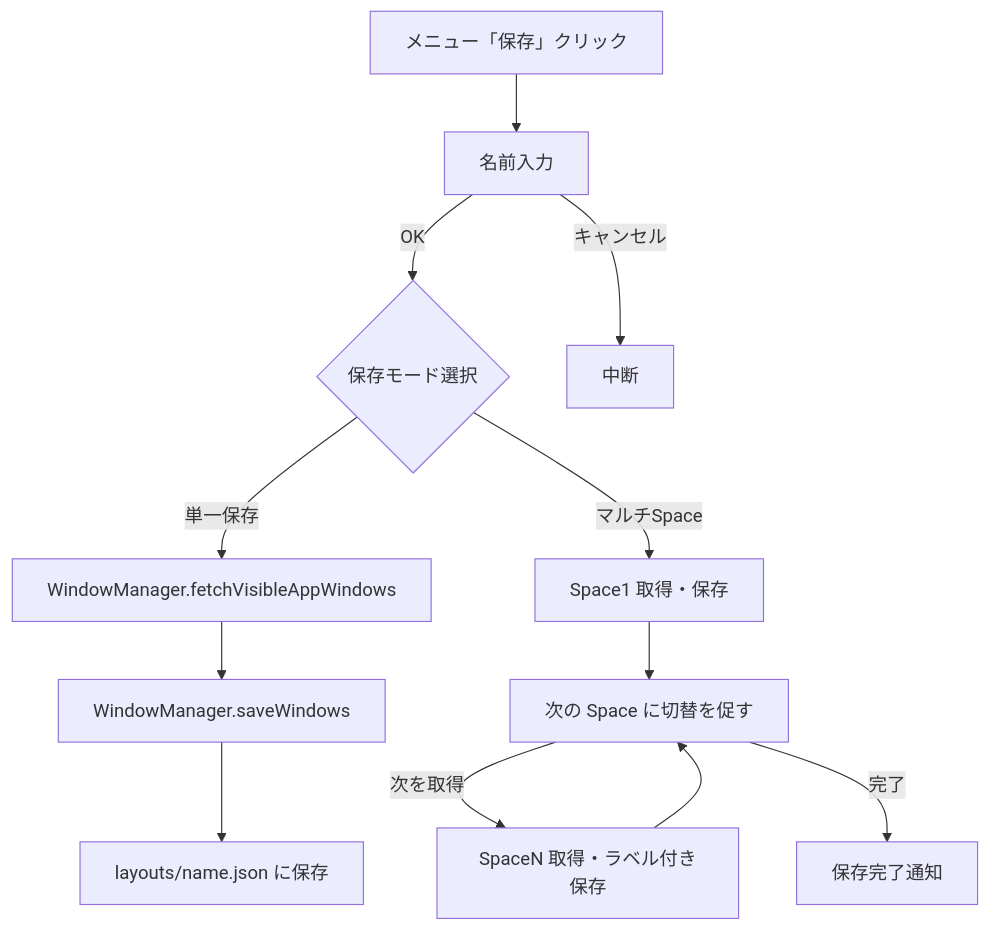
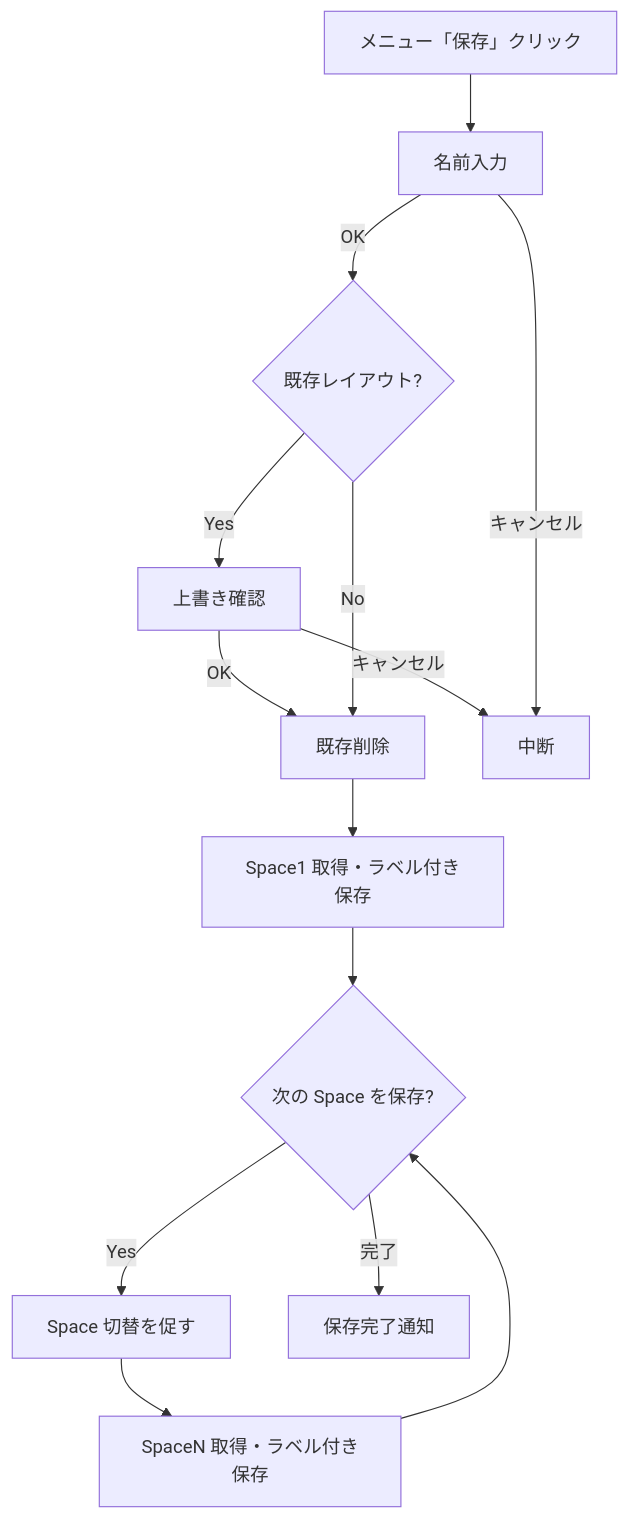
Before and after one commit to Sa-saT/WindowRestore: the first of 3 diagrams in docs/DESIGN.md, drawn with Mermaid. The commit also changed other lines of this file and 10 other files, not shown here.

````diff
--- a/docs/DESIGN.md
+++ b/docs/DESIGN.md
@@ -100,14 +101,16 @@
 ```mermaid
 flowchart TD
     A[メニュー「保存」クリック] --> B[名前入力]
-    B -->|OK| C{保存モード選択}
-    C -->|単一保存| D[WindowManager.fetchVisibleAppWindows]
-    D --> E[WindowManager.saveWindows]
-    E --> F[layouts/name.json に保存]
-    C -->|マルチSpace| G[Space1 取得・保存]
-    G --> H[次の Space に切替を促す]
-    H -->|次を取得| I[SpaceN 取得・ラベル付き保存]
-    I --> H
-    H -->|完了| J[保存完了通知]
-    B -->|キャンセル| X[中断]
+    B -->|OK| C{既存レイアウト?}
+    C -->|Yes| D[上書き確認]
+    D -->|OK| E[既存削除]
+    D -->|キャンセル| X[中断]
+    C -->|No| E
+    E --> G[Space1 取得・ラベル付き保存]
+    G --> H{次の Space を保存?}
+    H -->|Yes| I[Space 切替を促す]
+    I --> J[SpaceN 取得・ラベル付き保存]
+    J --> H
+    H -->|完了| K[保存完了通知]
+    B -->|キャンセル| X
 ```
````
